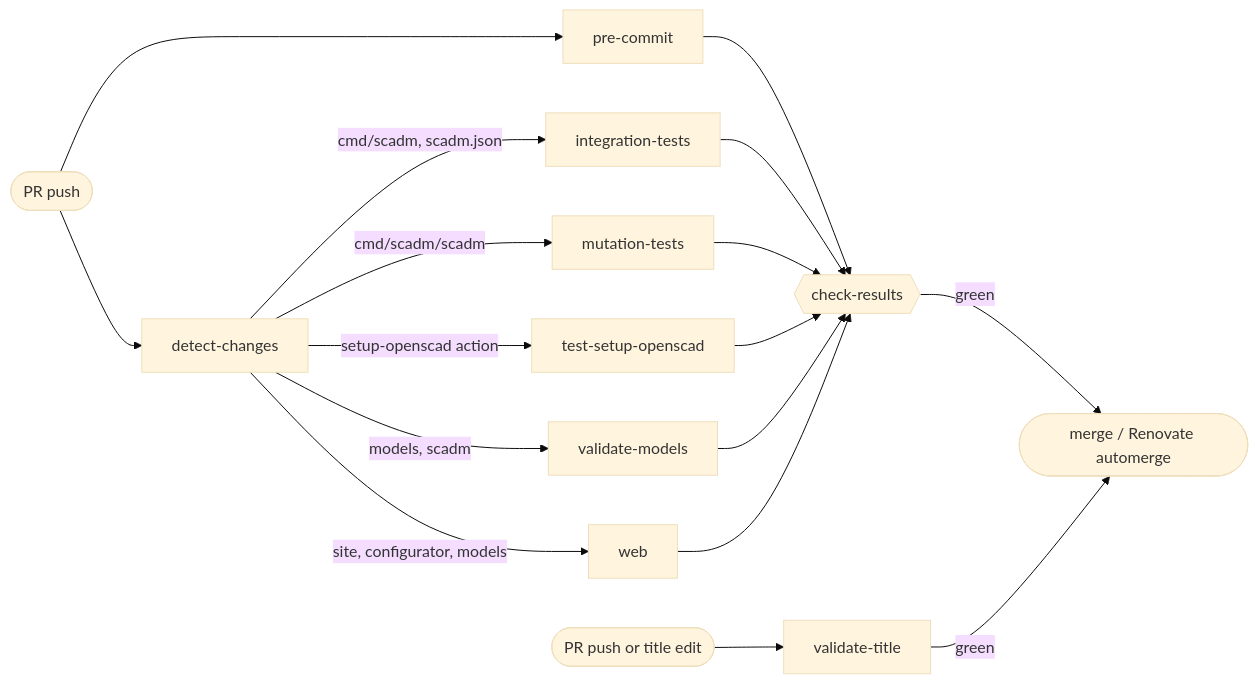
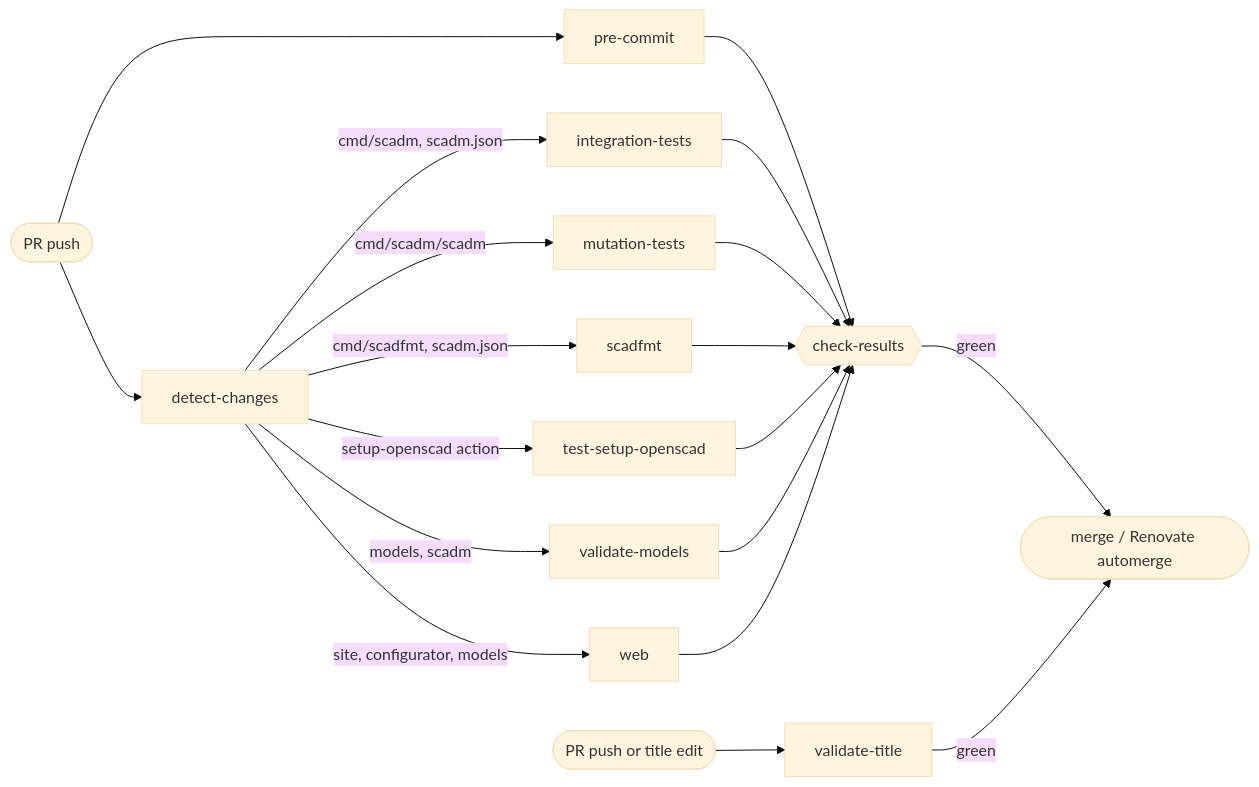
One commit to kellerlabs/homeracker changed the diagram in .github/workflows/README.md. Above: the diagram before and after it, drawn with Mermaid (base theme). The commit also changed other lines of this file and 31 other files, not shown here.

````diff
--- a/.github/workflows/README.md
+++ b/.github/workflows/README.md
@@ -7,13 +7,14 @@
 ```mermaid
 flowchart LR
     pr([PR push]) --> dc[detect-changes]
     pr --> pc[pre-commit]
     dc -->|cmd/scadm, scadm.json| it[integration-tests]
     dc -->|cmd/scadm/scadm| mt[mutation-tests]
+    dc -->|cmd/scadfmt, scadm.json| sf[scadfmt]
     dc -->|setup-openscad action| so[test-setup-openscad]
     dc -->|models, scadm| vm[validate-models]
     dc -->|site, configurator, models| web[web]
-    pc & it & mt & so & vm & web --> cr{{check-results}}
+    pc & it & mt & sf & so & vm & web --> cr{{check-results}}
     cr -->|green| merge([merge / Renovate automerge])
     pr2([PR push or title edit]) --> title[validate-title] -->|green| merge
 ```
````
